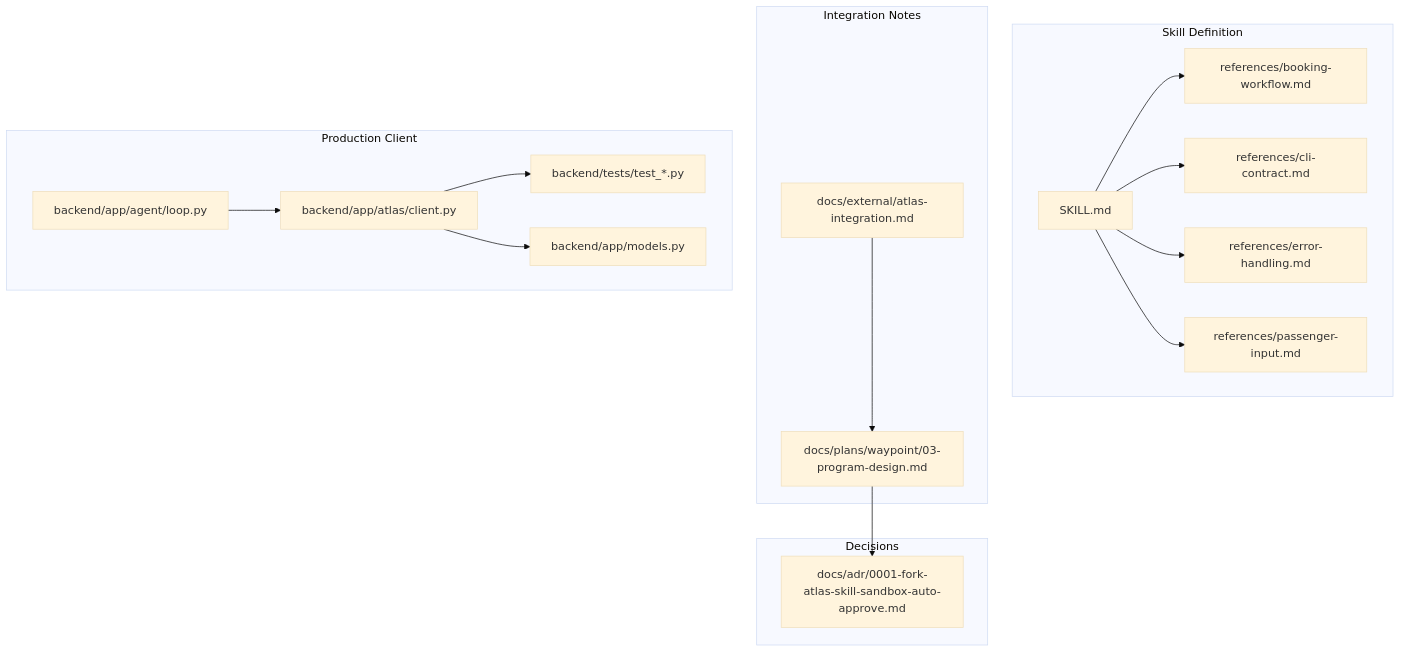
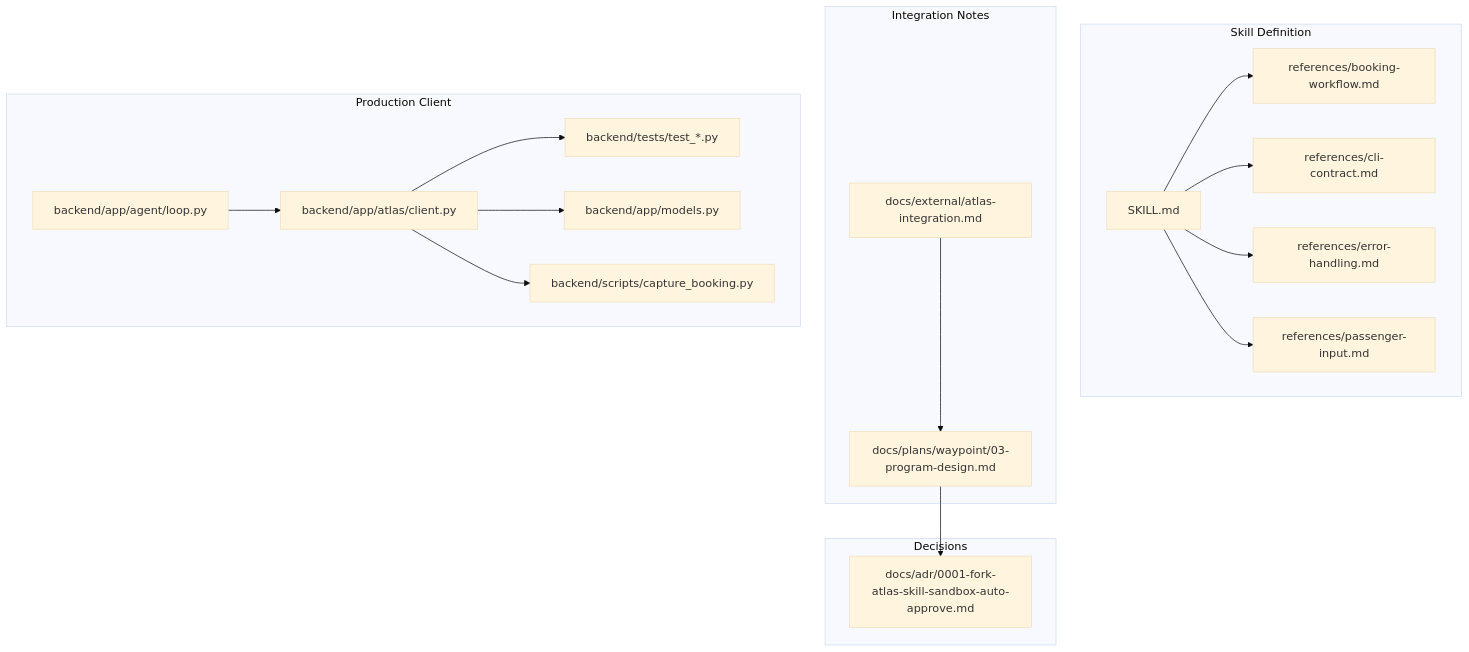
One commit to jaydonnnk/waypoint changed the first of 4 diagrams in .qoder/repowiki/en/content/Atlas Integration/Atlas Integration.md. Above: the diagram before and after it, drawn with Mermaid (base theme). The commit also changed other lines of this file and 14 other files, not shown here.

````diff
--- a/.qoder/repowiki/en/content/Atlas Integration/Atlas Integration.md
+++ b/.qoder/repowiki/en/content/Atlas Integration/Atlas Integration.md
@@ -54,32 +52,34 @@
 ```mermaid
 graph TB
 subgraph "Skill Definition"
 SKILL["SKILL.md"]
 REF_BW["references/booking-workflow.md"]
 REF_CLI["references/cli-contract.md"]
 REF_ERR["references/error-handling.md"]
 REF_PSG["references/passenger-input.md"]
 end
 subgraph "Integration Notes"
 EXT["docs/external/atlas-integration.md"]
 PLAN["docs/plans/waypoint/03-program-design.md"]
 end
 subgraph "Decisions"
 ADR["docs/adr/0001-fork-atlas-skill-sandbox-auto-approve.md"]
 end
 subgraph "Production Client"
 CLIENT["backend/app/atlas/client.py"]
+CAPTURE["backend/scripts/capture_booking.py"]
 TESTS["backend/tests/test_*.py"]
 MODELS["backend/app/models.py"]
 LOOP["backend/app/agent/loop.py"]
 end
 SKILL --> REF_BW
 SKILL --> REF_CLI
 SKILL --> REF_ERR
 SKILL --> REF_PSG
 EXT --> PLAN
 PLAN --> ADR
 CLIENT --> TESTS
 CLIENT --> MODELS
+CLIENT --> CAPTURE
 LOOP --> CLIENT
 ```
````
